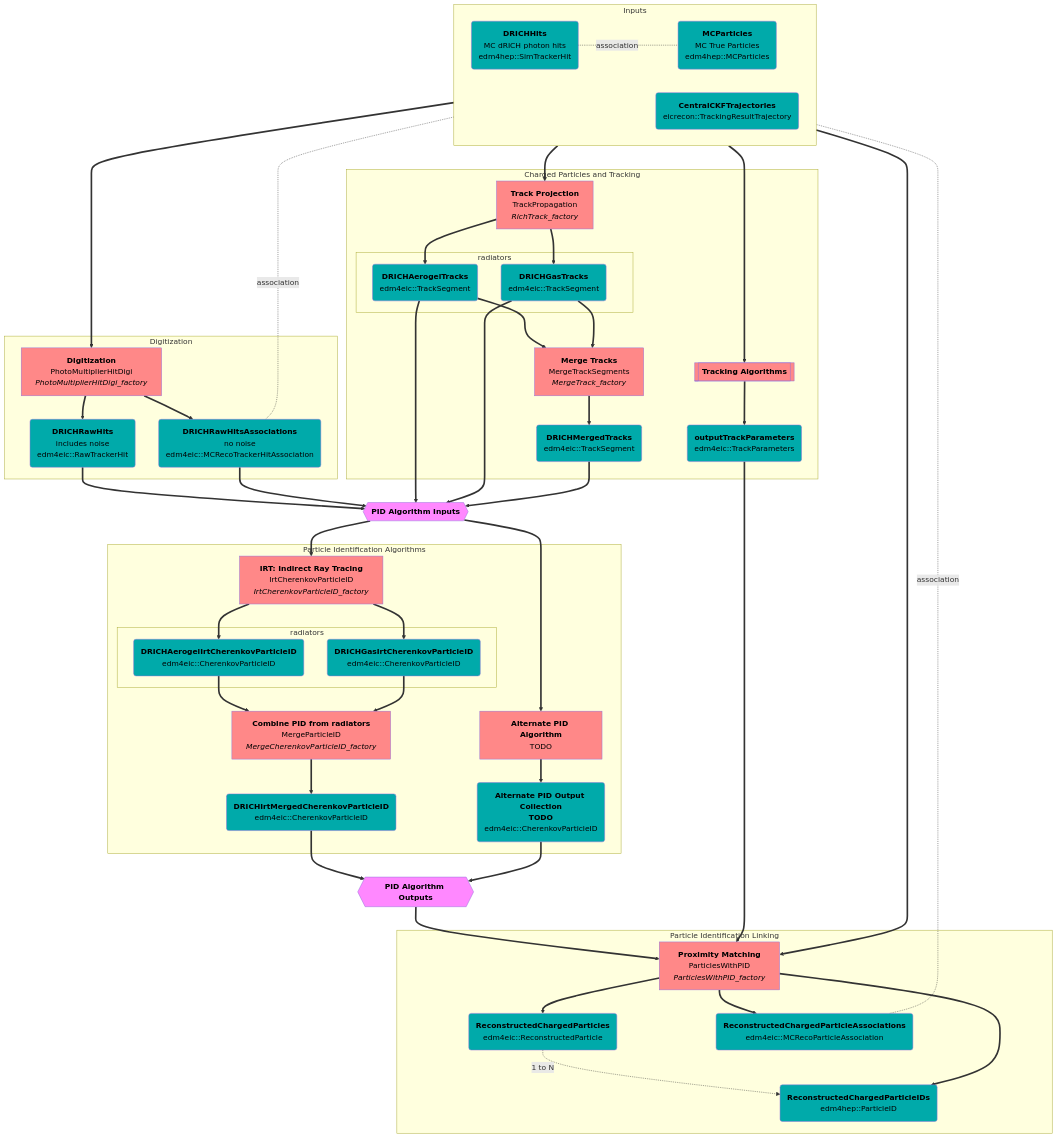
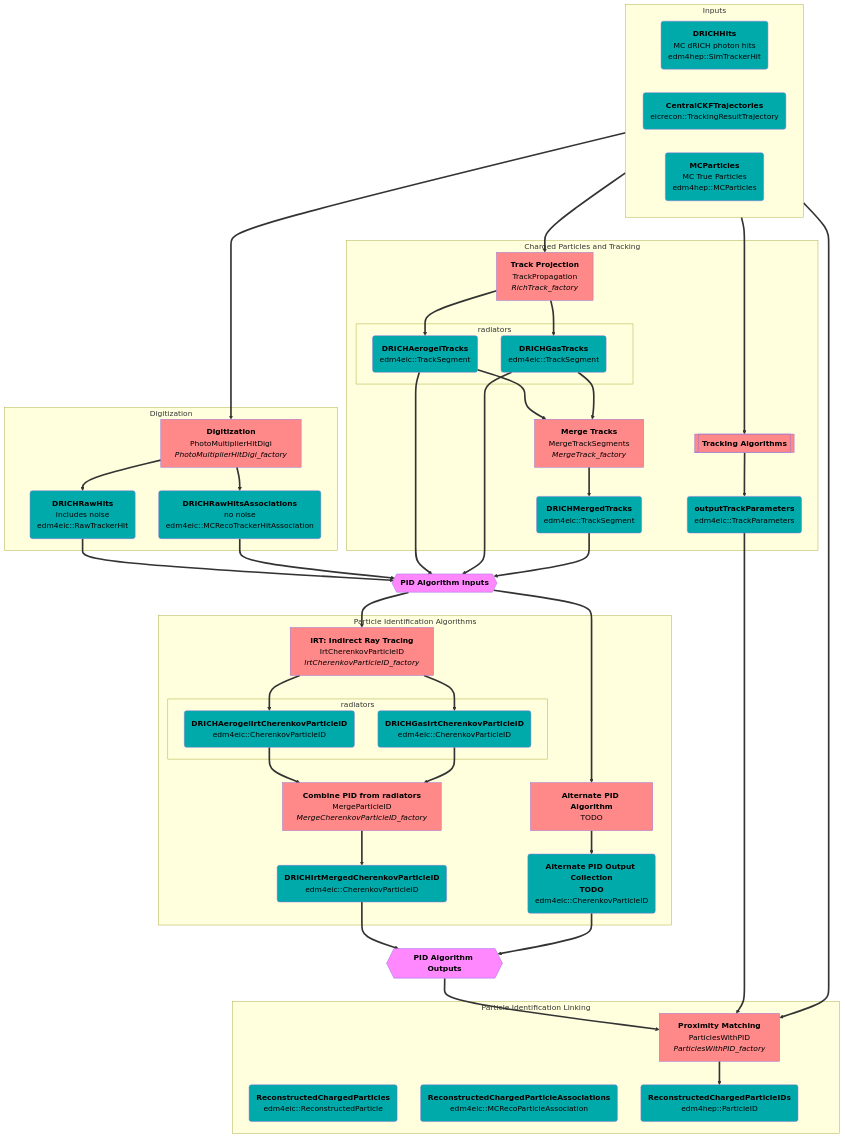
One commit to eic/EICrecon changed the second of 5 diagrams in src/detectors/DRICH/README.md. Above: the diagram before and after it, drawn with Mermaid.

````diff
--- a/src/detectors/DRICH/README.md
+++ b/src/detectors/DRICH/README.md
@@ -45,9 +45,9 @@
     MergeTracksAlg[<strong>Merge Tracks</strong><br/>MergeTrackSegments<br/><i>MergeTrack_factory</i>]:::alg
     MergedTracks(<strong>DRICHMergedTracks</strong><br/>edm4eic::TrackSegment):::col
 
-    %% MirrorTracks(<strong>DRICHMirrorTracks - TODO</strong><br/>edm4eic::TrackSegment):::col
-    %% ReflectionsAlg[<strong>Track Reflections - TODO</strong><br/>RichTrackReflection<br/><i>RichTrackReflection_factory</i>]:::alg
-    %% Reflections(<strong>DRICHTrackReflections - TODO</strong><br/>edm4eic::TrackSegment):::col
+    %%MirrorTracks(<strong>DRICHMirrorTracks - TODO</strong><br/>edm4eic::TrackSegment):::col
+    %%ReflectionsAlg[<strong>Track Reflections - TODO</strong><br/>RichTrackReflection<br/><i>RichTrackReflection_factory</i>]:::alg
+    %%Reflections(<strong>DRICHTrackReflections - TODO</strong><br/>edm4eic::TrackSegment):::col
 
     TrackingAlgos[[<strong>Tracking Algorithms</strong>]]:::alg
     TrackParameters(<strong>outputTrackParameters</strong><br/>edm4eic::TrackParameters):::col
@@ -88,8 +88,8 @@
   SimHits ==> DigiAlg
   DigiAlg ==> RawHits
   DigiAlg ==> HitAssocs
-  SimHits -.association.- HitAssocs
-  SimHits -.association.- MCParts
+  %%SimHits -.association.- HitAssocs
+  %%SimHits -.association.- MCParts
 
   %% tracking
   Trajectories   ==> PropagatorAlg
@@ -120,7 +120,7 @@
   PIDOutputs      ==> ProxMatch
   TrackParameters ==> ProxMatch
   MCParts         ==> ProxMatch
-  ProxMatch ==> ReconParts -.1 to N.-> ReconPIDs
-  ProxMatch ==> ReconAssocs -.association.- MCParts
+  %%ProxMatch ==> ReconParts -.1 to N.-> ReconPIDs
+  %%ProxMatch ==> ReconAssocs -.association.- MCParts
   ProxMatch ==> ReconPIDs
 ```
````
